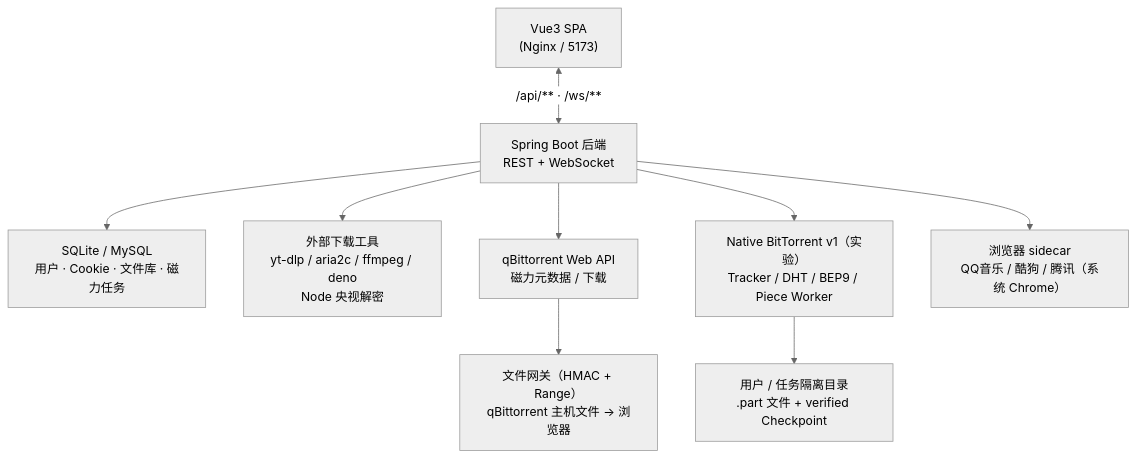
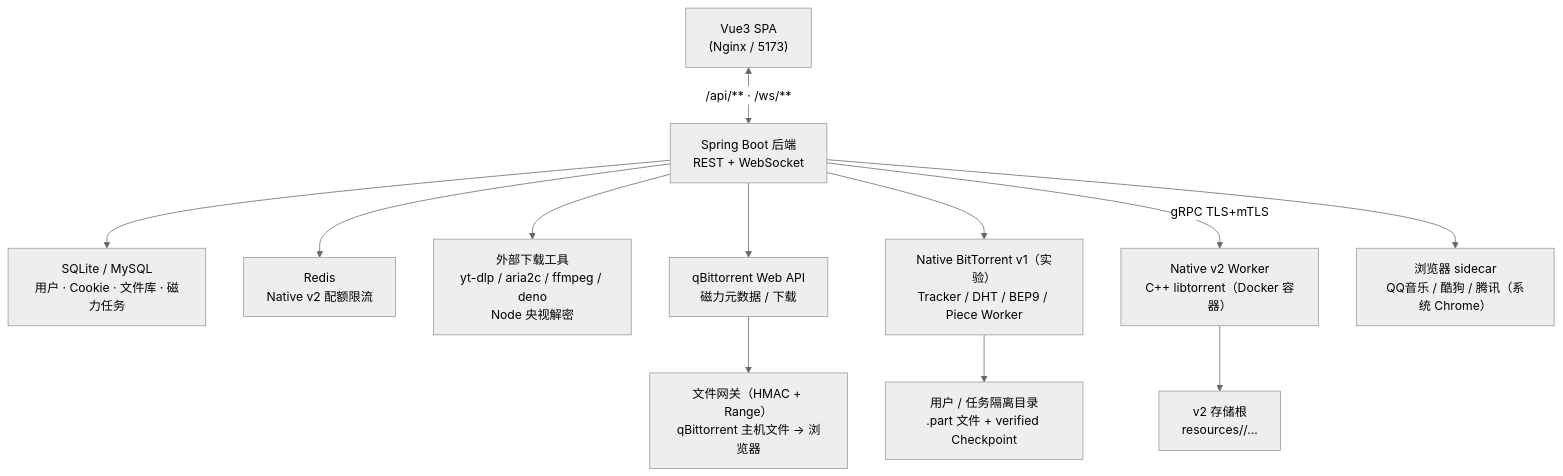
Before and after one commit to cpc-lib/clipfetch: the first of 8 diagrams in README.md, drawn with Mermaid (neutral theme). The commit also changed other lines of this file and 305 other files, not shown here.

````diff
--- a/README.md
+++ b/README.md
@@ -36,11 +39,14 @@
 ```mermaid
 flowchart TB
     FE["Vue3 SPA<br/>(Nginx / 5173)"] <-->|"/api/** · /ws/**"| BE["Spring Boot 后端<br/>REST + WebSocket"]
     BE --> DB["SQLite / MySQL<br/>用户 · Cookie · 文件库 · 磁力任务"]
+    BE --> REDIS["Redis<br/>Native v2 配额限流"]
     BE --> TOOLS["外部下载工具<br/>yt-dlp / aria2c / ffmpeg / deno<br/>Node 央视解密"]
     BE --> QBT["qBittorrent Web API<br/>磁力元数据 / 下载"]
     BE --> NATIVE["Native BitTorrent v1（实验）<br/>Tracker / DHT / BEP9 / Piece Worker"]
+    BE -->|gRPC TLS+mTLS| V2WORKER["Native v2 Worker<br/>C++ libtorrent（Docker 容器）"]
     BE --> SIDECAR["浏览器 sidecar<br/>QQ音乐 / 酷狗 / 腾讯（系统 Chrome）"]
     QBT --> GW["文件网关（HMAC + Range）<br/>qBittorrent 主机文件 → 浏览器"]
     NATIVE --> NFS["用户 / 任务隔离目录<br/>.part 文件 + verified Checkpoint"]
+    V2WORKER --> V2FS["v2 存储根<br/>resources/<resourceUuid>/..."]
 ```
````
